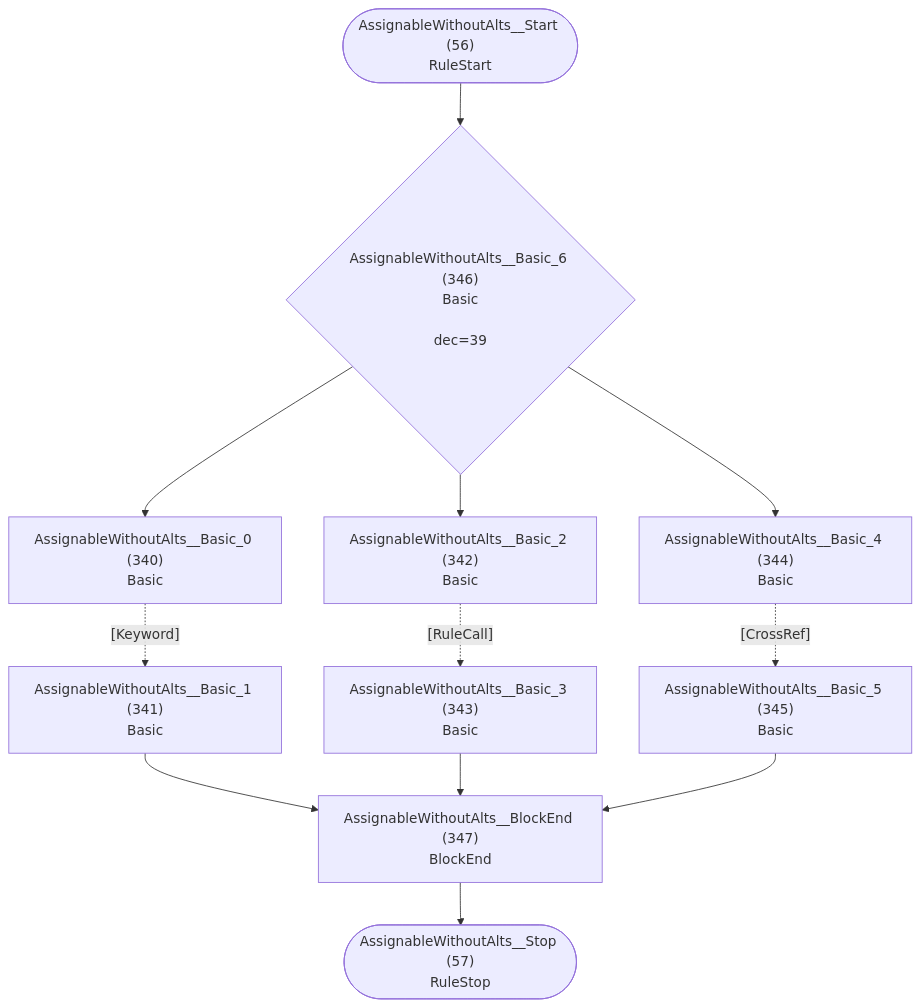
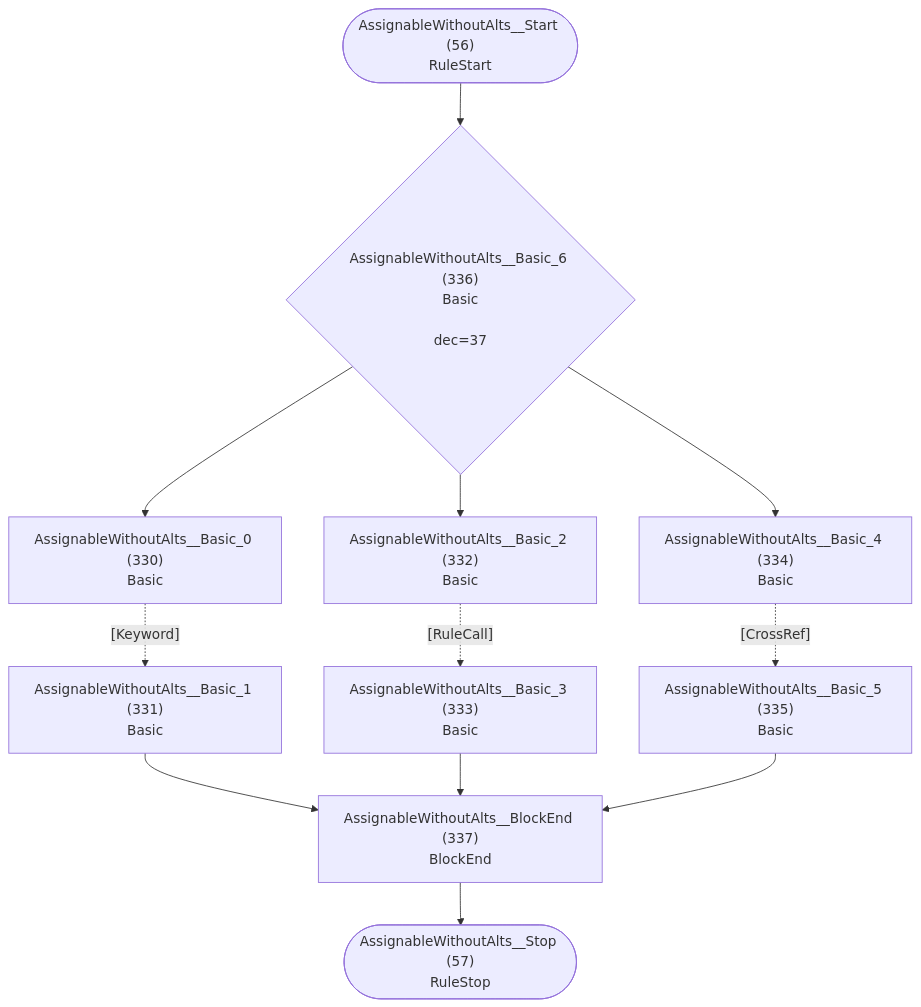
Diagram 29 of 40 in internal/grammar/atn.md (TypeFox/fastbelt), drawn with Mermaid before and after one commit. The commit also changed other lines of this file and 145 other files, not shown here.

````diff
--- a/internal/grammar/atn.md
+++ b/internal/grammar/atn.md
@@ -863,25 +841,25 @@
 ```mermaid
 flowchart TD
     q56(["AssignableWithoutAlts__Start (56)<br/>RuleStart"])
     q57(["AssignableWithoutAlts__Stop (57)<br/>RuleStop"])
-    q340["AssignableWithoutAlts__Basic_0 (340)<br/>Basic<br/>"]
-    q341["AssignableWithoutAlts__Basic_1 (341)<br/>Basic<br/>"]
-    q342["AssignableWithoutAlts__Basic_2 (342)<br/>Basic<br/>"]
-    q343["AssignableWithoutAlts__Basic_3 (343)<br/>Basic<br/>"]
-    q344["AssignableWithoutAlts__Basic_4 (344)<br/>Basic<br/>"]
-    q345["AssignableWithoutAlts__Basic_5 (345)<br/>Basic<br/>"]
-    q346{"AssignableWithoutAlts__Basic_6 (346)<br/>Basic<br/><br/>dec=39"}
-    q347["AssignableWithoutAlts__BlockEnd (347)<br/>BlockEnd<br/>"]
+    q330["AssignableWithoutAlts__Basic_0 (330)<br/>Basic<br/>"]
+    q331["AssignableWithoutAlts__Basic_1 (331)<br/>Basic<br/>"]
+    q332["AssignableWithoutAlts__Basic_2 (332)<br/>Basic<br/>"]
+    q333["AssignableWithoutAlts__Basic_3 (333)<br/>Basic<br/>"]
+    q334["AssignableWithoutAlts__Basic_4 (334)<br/>Basic<br/>"]
+    q335["AssignableWithoutAlts__Basic_5 (335)<br/>Basic<br/>"]
+    q336{"AssignableWithoutAlts__Basic_6 (336)<br/>Basic<br/><br/>dec=37"}
+    q337["AssignableWithoutAlts__BlockEnd (337)<br/>BlockEnd<br/>"]
 
-    q56 --> q346
-    q340 -.->|"[Keyword]"| q341
-    q341 --> q347
-    q342 -.->|"[RuleCall]"| q343
-    q343 --> q347
-    q344 -.->|"[CrossRef]"| q345
-    q345 --> q347
-    q346 --> q340
-    q346 --> q342
-    q346 --> q344
-    q347 --> q57
+    q56 --> q336
+    q330 -.->|"[Keyword]"| q331
+    q331 --> q337
+    q332 -.->|"[RuleCall]"| q333
+    q333 --> q337
+    q334 -.->|"[CrossRef]"| q335
+    q335 --> q337
+    q336 --> q330
+    q336 --> q332
+    q336 --> q334
+    q337 --> q57
 ```
````
